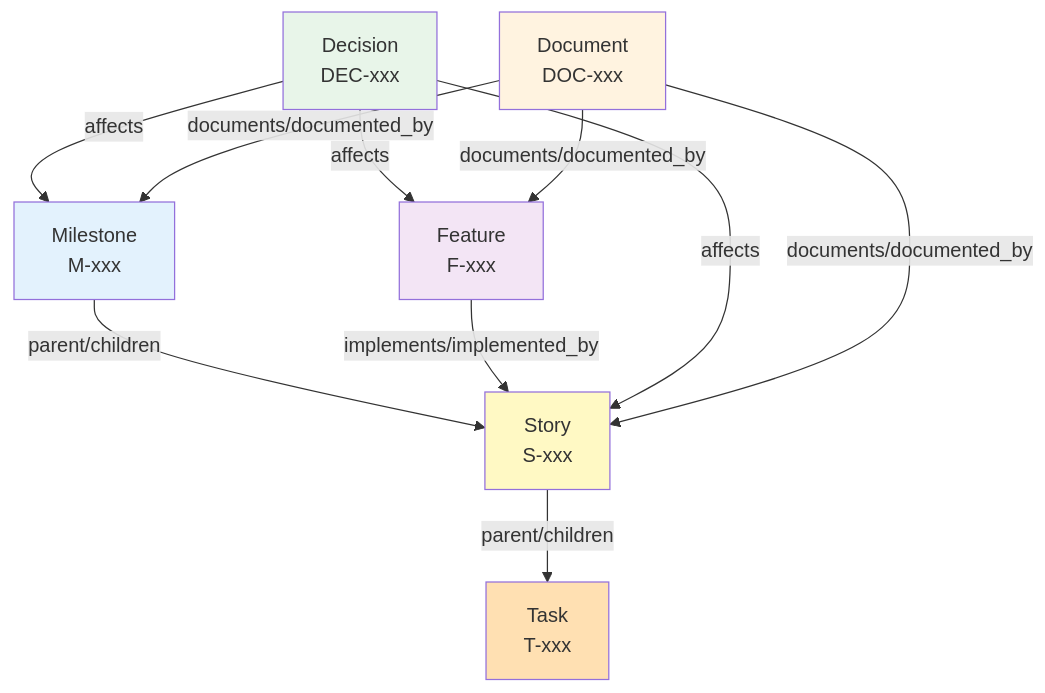
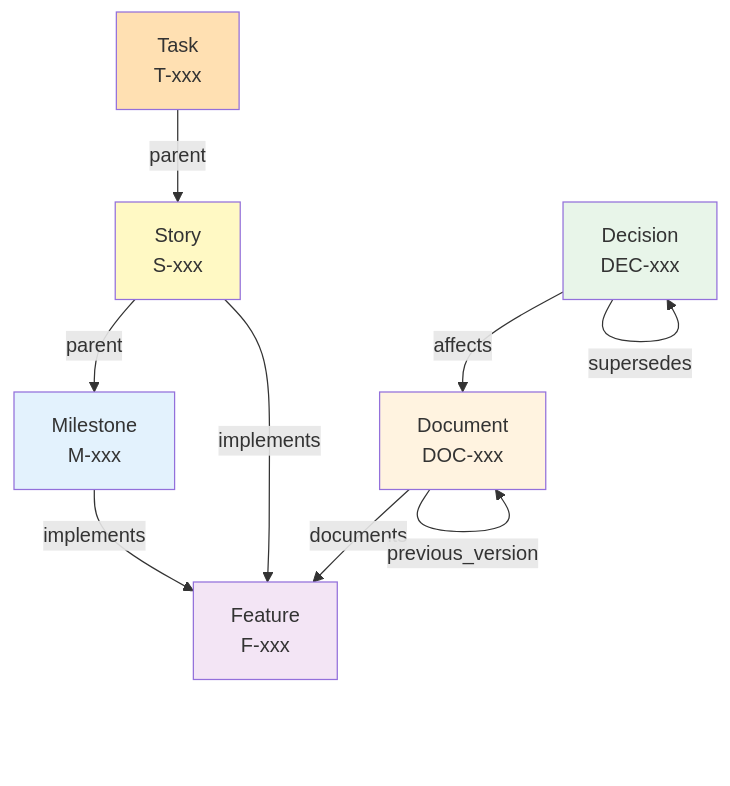
Before and after one commit to ostanlabs/obsidian_docs: the diagram in docs/reference/entity-schemas.md, drawn with Mermaid. The commit also changed other lines of this file and 19 other files, not shown here.

````diff
--- a/docs/reference/entity-schemas.md
+++ b/docs/reference/entity-schemas.md
@@ -9,26 +23,25 @@
 ```mermaid
 graph TD
     M[Milestone<br/>M-xxx]
     S[Story<br/>S-xxx]
     T[Task<br/>T-xxx]
     F[Feature<br/>F-xxx]
     D[Decision<br/>DEC-xxx]
     DOC[Document<br/>DOC-xxx]
-    
-    M -->|parent/children| S
-    S -->|parent/children| T
-    F -->|implements/implemented_by| S
-    D -->|affects| M
-    D -->|affects| S
-    D -->|affects| F
-    DOC -->|documents/documented_by| M
-    DOC -->|documents/documented_by| S
-    DOC -->|documents/documented_by| F
-    
+
+    S -->|parent| M
+    T -->|parent| S
+    M -->|implements| F
+    S -->|implements| F
+    DOC -->|documents| F
+    D -->|affects| DOC
+    D -->|supersedes| D
+    DOC -->|previous_version| DOC
+
     style M fill:#e3f2fd
     style S fill:#fff9c4
     style T fill:#ffe0b2
     style F fill:#f3e5f5
     style D fill:#e8f5e9
     style DOC fill:#fff3e0
 ```
````
